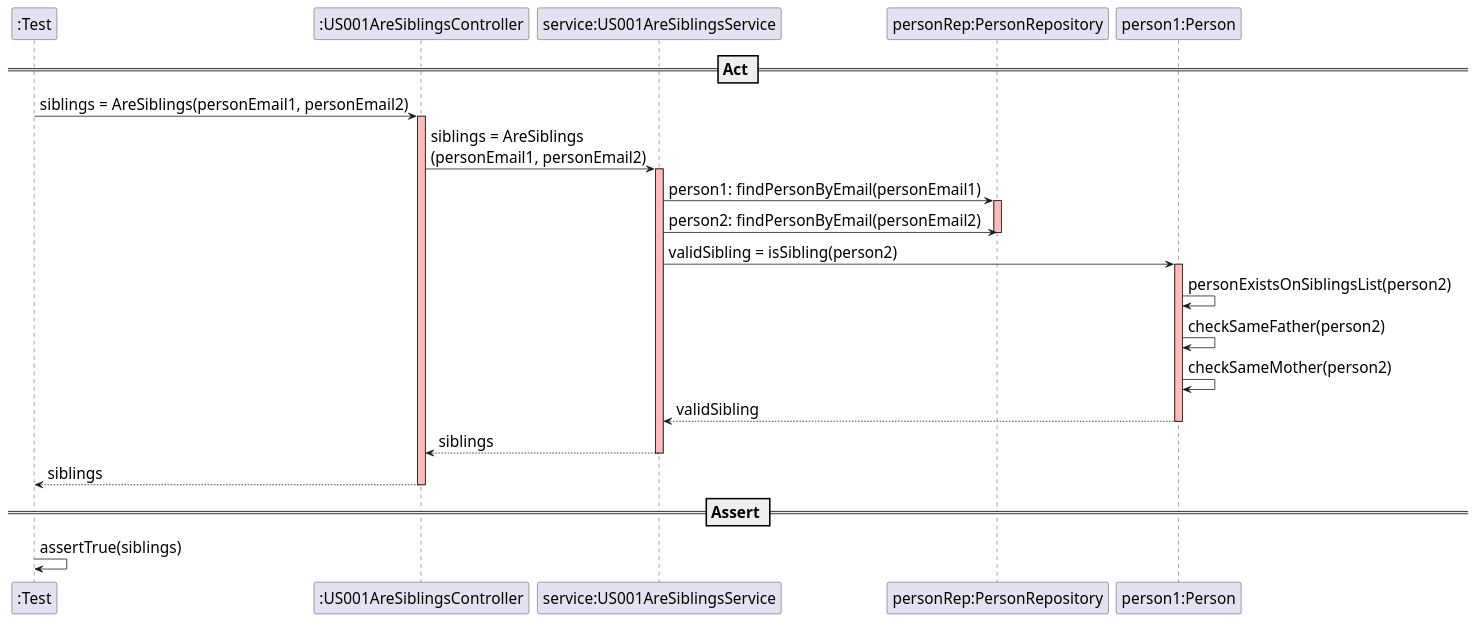
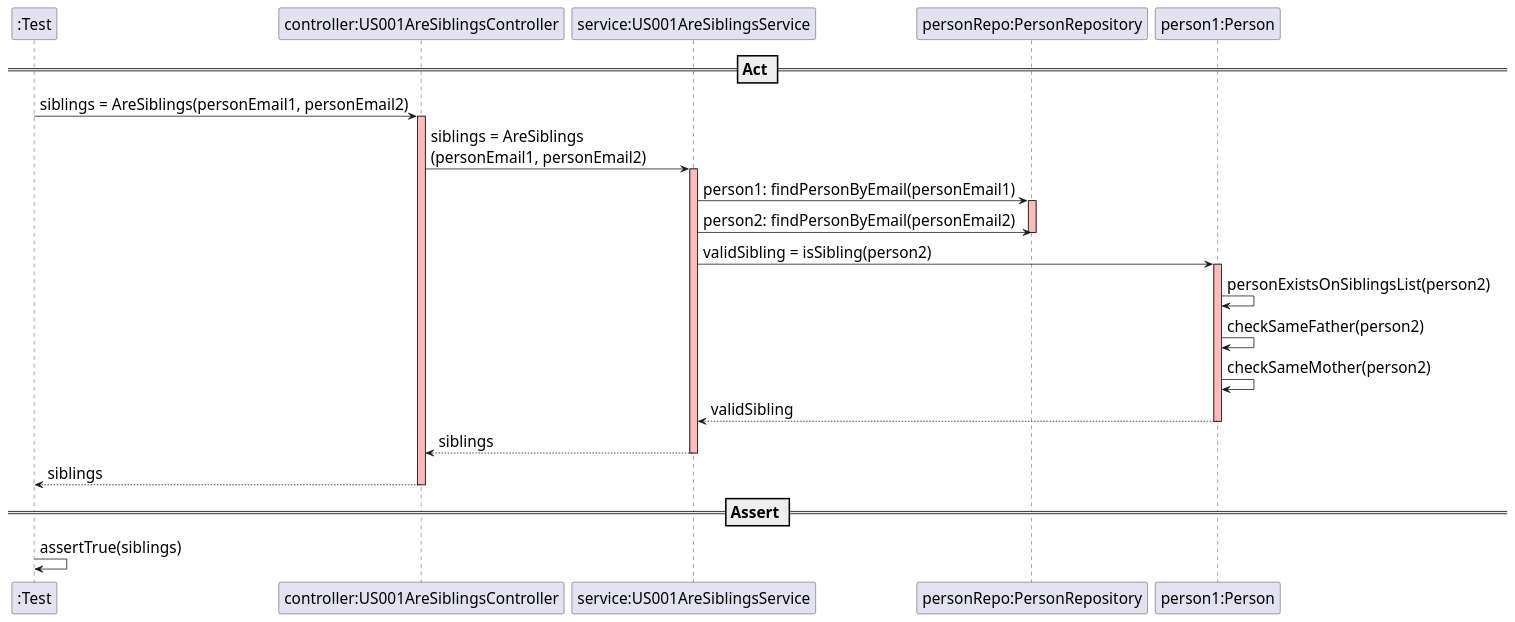
One commit to mleitaoribeiro/DevOpsMaven changed the diagram in src/main/java/switch2019/project/controllers/US001AreSiblingsSD.puml. Above: the diagram before and after it, drawn with PlantUML.

```diff
--- a/src/main/java/switch2019/project/controllers/US001AreSiblingsSD.puml
+++ b/src/main/java/switch2019/project/controllers/US001AreSiblingsSD.puml
@@ -1,46 +1,46 @@
 @startuml
 skinparam DefaultFontSize 20
 
 participant ":Test"
 
-participant ":US001AreSiblingsController"
+participant "controller:US001AreSiblingsController"
 participant "service:US001AreSiblingsService"
-participant "personRep:PersonRepository"
+participant "personRepo:PersonRepository"
 participant "person1:Person"
 
 == Act ==
 
-":Test" -> ":US001AreSiblingsController" : siblings = AreSiblings(personEmail1, personEmail2)
-activate ":US001AreSiblingsController"  #FFBBBB
+":Test" -> "controller:US001AreSiblingsController" : siblings = AreSiblings(personEmail1, personEmail2)
+activate "controller:US001AreSiblingsController"  #FFBBBB
 
-":US001AreSiblingsController"-> "service:US001AreSiblingsService" : siblings = AreSiblings\n(personEmail1, personEmail2)
+"controller:US001AreSiblingsController"-> "service:US001AreSiblingsService" : siblings = AreSiblings\n(personEmail1, personEmail2)
 activate "service:US001AreSiblingsService"  #FFBBBB
 
-"service:US001AreSiblingsService" -> "personRep:PersonRepository" : person1: findPersonByEmail(personEmail1)
-activate "personRep:PersonRepository" #FFBBBB
+"service:US001AreSiblingsService" -> "personRepo:PersonRepository" : person1: findPersonByEmail(personEmail1)
+activate "personRepo:PersonRepository" #FFBBBB
 
-"service:US001AreSiblingsService" -> "personRep:PersonRepository" : person2: findPersonByEmail(personEmail2)
+"service:US001AreSiblingsService" -> "personRepo:PersonRepository" : person2: findPersonByEmail(personEmail2)
 
-deactivate "personRep:PersonRepository" #FFBBBB
+deactivate "personRepo:PersonRepository" #FFBBBB
 
 "service:US001AreSiblingsService" -> "person1:Person" : validSibling = isSibling(person2)
 activate "person1:Person"  #FFBBBB
 
 "person1:Person" -> "person1:Person" :  personExistsOnSiblingsList(person2)
 "person1:Person" -> "person1:Person" :  checkSameFather(person2)
 "person1:Person" -> "person1:Person" :  checkSameMother(person2)
 
 "person1:Person" --> "service:US001AreSiblingsService" : validSibling
 deactivate "person1:Person"
 
-"service:US001AreSiblingsService"--> ":US001AreSiblingsController" : siblings
+"service:US001AreSiblingsService"--> "controller:US001AreSiblingsController" : siblings
 deactivate "service:US001AreSiblingsService"
 
-":US001AreSiblingsController" --> ":Test" : siblings
-deactivate ":US001AreSiblingsController"
+"controller:US001AreSiblingsController" --> ":Test" : siblings
+deactivate "controller:US001AreSiblingsController"
 
 == Assert ==
 
 ":Test" -> ":Test" : assertTrue(siblings)
 
 @enduml
```
